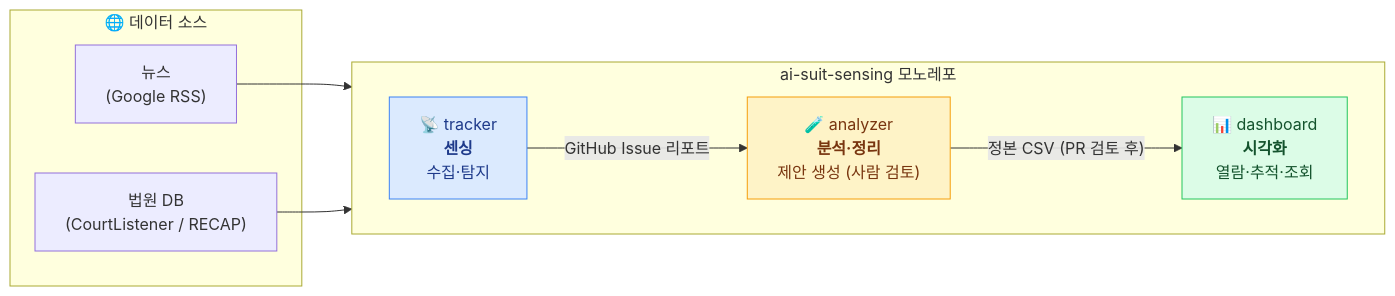
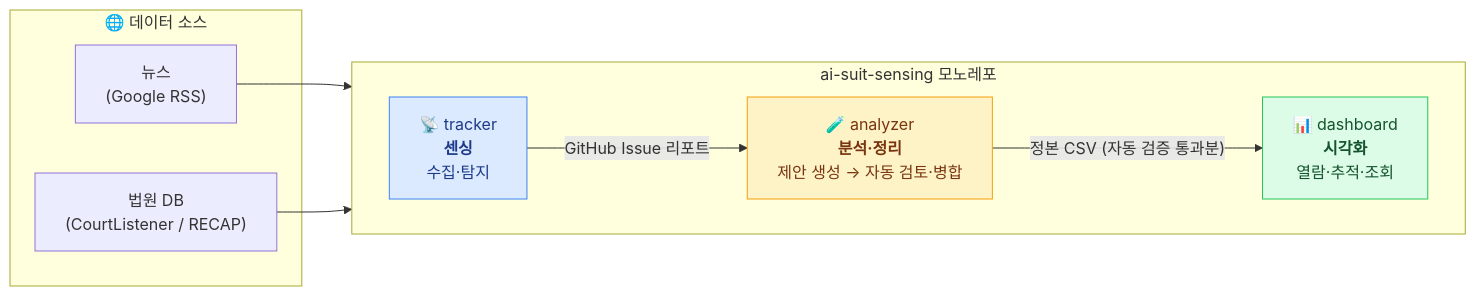
The first of 4 diagrams in README.md (aigovsensing/ai-suit-sensing), drawn with Mermaid before and after one commit. The commit also changed other lines of this file, not shown here.

First line of the commit message:
docs(readme): state the fully-autonomous tracker→analyzer→dashboard loop as the project's ultimate goal

````diff
--- a/README.md
+++ b/README.md
@@ -19,23 +19,23 @@
 ```mermaid
 flowchart LR
     subgraph SRC["🌐 데이터 소스"]
         RSS["뉴스<br/>(Google RSS)"]
         CL["법원 DB<br/>(CourtListener / RECAP)"]
     end
 
     subgraph PIPE["ai-suit-sensing 모노레포"]
         direction LR
         T["📡 tracker<br/><b>센싱</b><br/>수집·탐지"]
-        A["🧪 analyzer<br/><b>분석·정리</b><br/>제안 생성 (사람 검토)"]
+        A["🧪 analyzer<br/><b>분석·정리</b><br/>제안 생성 → 자동 검토·병합"]
         D["📊 dashboard<br/><b>시각화</b><br/>열람·추적·조회"]
         T -->|GitHub Issue 리포트| A
-        A -->|"정본 CSV (PR 검토 후)"| D
+        A -->|"정본 CSV (자동 검증 통과분)"| D
     end
 
     RSS --> T
     CL --> T
 
     style T fill:#dbeafe,stroke:#3b82f6,color:#1e3a8a
     style A fill:#fef3c7,stroke:#f59e0b,color:#78350f
     style D fill:#dcfce7,stroke:#22c55e,color:#14532d
 ```
````
